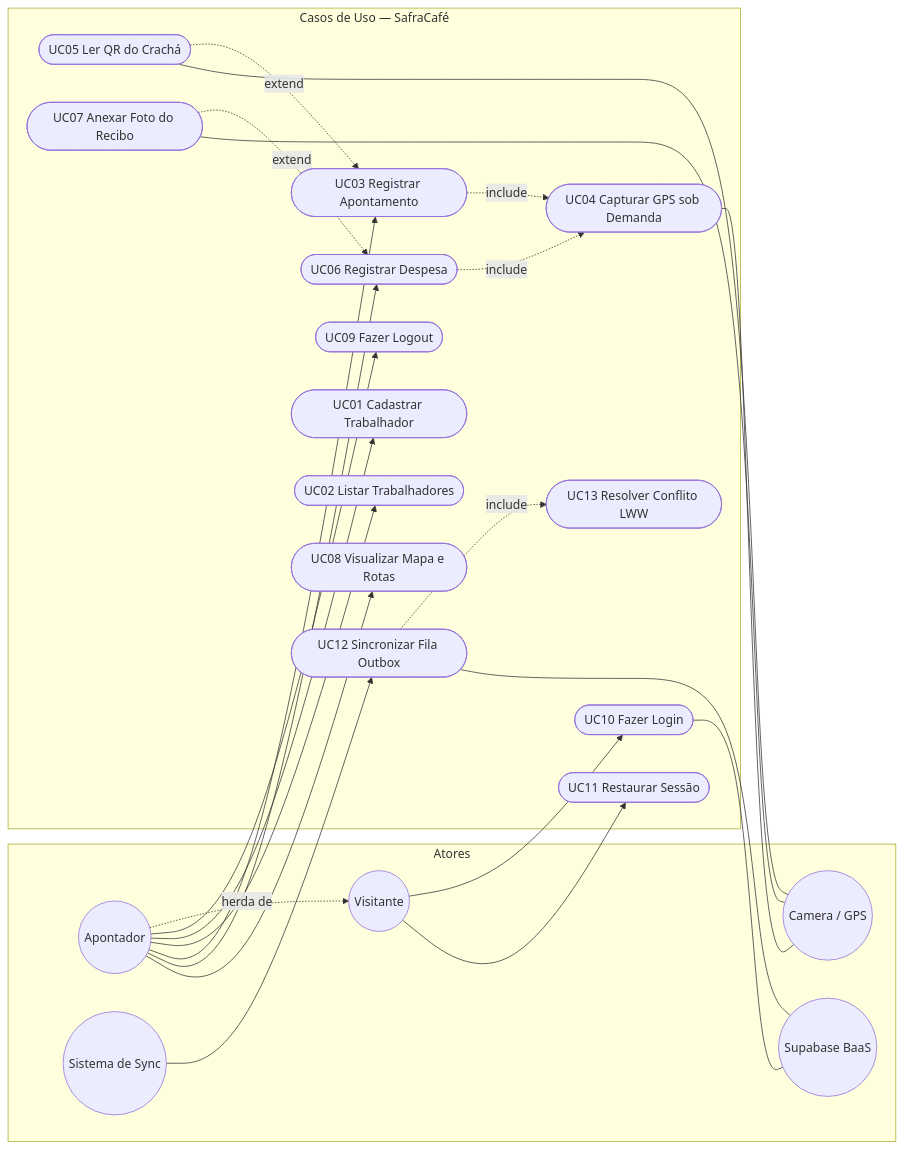
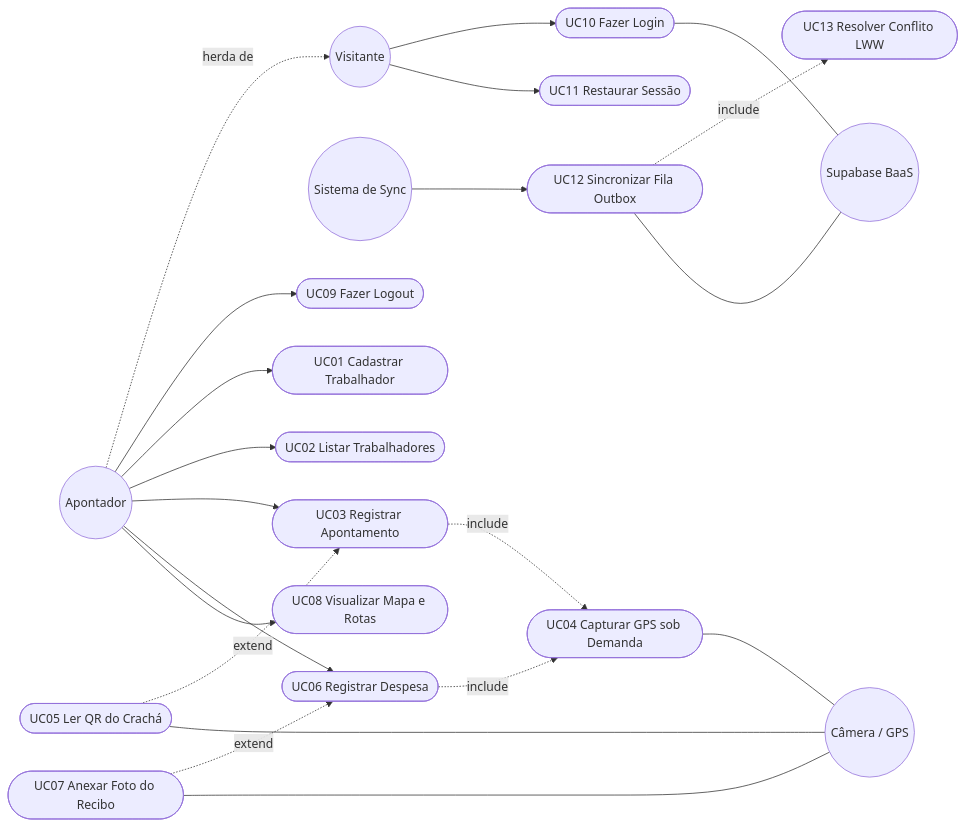
Before and after one commit to JoaoPedroScalioni/MOBILEEE: the first of 12 diagrams in docs/documento-software-mobile.md, drawn with Mermaid. The commit also changed other lines of this file, not shown here.

Commit message:
docs: refatorar diagramas Mermaid (Casos de Uso, Sequencia 10.1/10.2, Atividades LR e Componentes em bloco)

````diff
--- a/docs/documento-software-mobile.md
+++ b/docs/documento-software-mobile.md
@@ -92,53 +92,56 @@
 ```mermaid
 flowchart LR
-    subgraph Atores
-        Visitante((Visitante))
-        Apontador((Apontador))
-        CameraGPS((Camera / GPS))
-        SupabaseSys((Supabase BaaS))
-        Sync((Sistema de Sync))
-    end
+    %% Atores Humanos e de Sistema (Esquerda)
+    Visitante((Visitante))
+    Apontador((Apontador))
+    Sync((Sistema de Sync))
 
     Apontador -.->|herda de| Visitante
 
-    subgraph CasosDeUso["Casos de Uso — SafraCafé"]
-        UC10([UC10 Fazer Login])
-        UC11([UC11 Restaurar Sessão])
-        UC09([UC09 Fazer Logout])
-        
-        UC01([UC01 Cadastrar Trabalhador])
-        UC02([UC02 Listar Trabalhadores])
-        UC03([UC03 Registrar Apontamento])
-        UC04([UC04 Capturar GPS sob Demanda])
-        UC05([UC05 Ler QR do Crachá])
-        UC06([UC06 Registrar Despesa])
-        UC07([UC07 Anexar Foto do Recibo])
-        UC08([UC08 Visualizar Mapa e Rotas])
-        UC12([UC12 Sincronizar Fila Outbox])
-        UC13([UC13 Resolver Conflito LWW])
-    end
+    %% Casos de Uso (Centro)
+    UC10([UC10 Fazer Login])
+    UC11([UC11 Restaurar Sessão])
+    UC09([UC09 Fazer Logout])
+    UC01([UC01 Cadastrar Trabalhador])
+    UC02([UC02 Listar Trabalhadores])
+    UC03([UC03 Registrar Apontamento])
+    UC04([UC04 Capturar GPS sob Demanda])
+    UC05([UC05 Ler QR do Crachá])
+    UC06([UC06 Registrar Despesa])
+    UC07([UC07 Anexar Foto do Recibo])
+    UC08([UC08 Visualizar Mapa e Rotas])
+    UC12([UC12 Sincronizar Fila Outbox])
+    UC13([UC13 Resolver Conflito LWW])
 
+    %% Hardware e Serviços Externos (Direita)
+    CameraGPS((Câmera / GPS))
+    SupabaseSys((Supabase BaaS))
+
+    %% Conexões de Autenticação
     Visitante --> UC10
     Visitante --> UC11
     Apontador --> UC09
-    
+    UC10 --- SupabaseSys
+
+    %% Conexões Operacionais do Apontador
     Apontador --> UC01
     Apontador --> UC02
     Apontador --> UC03
     Apontador --> UC06
     Apontador --> UC08
 
+    %% Relacionamentos include e extend
     UC03 -.->|include| UC04
     UC05 -.->|extend| UC03
     UC06 -.->|include| UC04
     UC07 -.->|extend| UC06
+    UC12 -.->|include| UC13
 
+    %% Conexões com Sensores e Nuvem
     UC04 --- CameraGPS
     UC05 --- CameraGPS
     UC07 --- CameraGPS
 
     Sync --> UC12
-    UC12 -.->|include| UC13
     UC12 --- SupabaseSys
-    UC10 --- SupabaseSys
 ```
````
